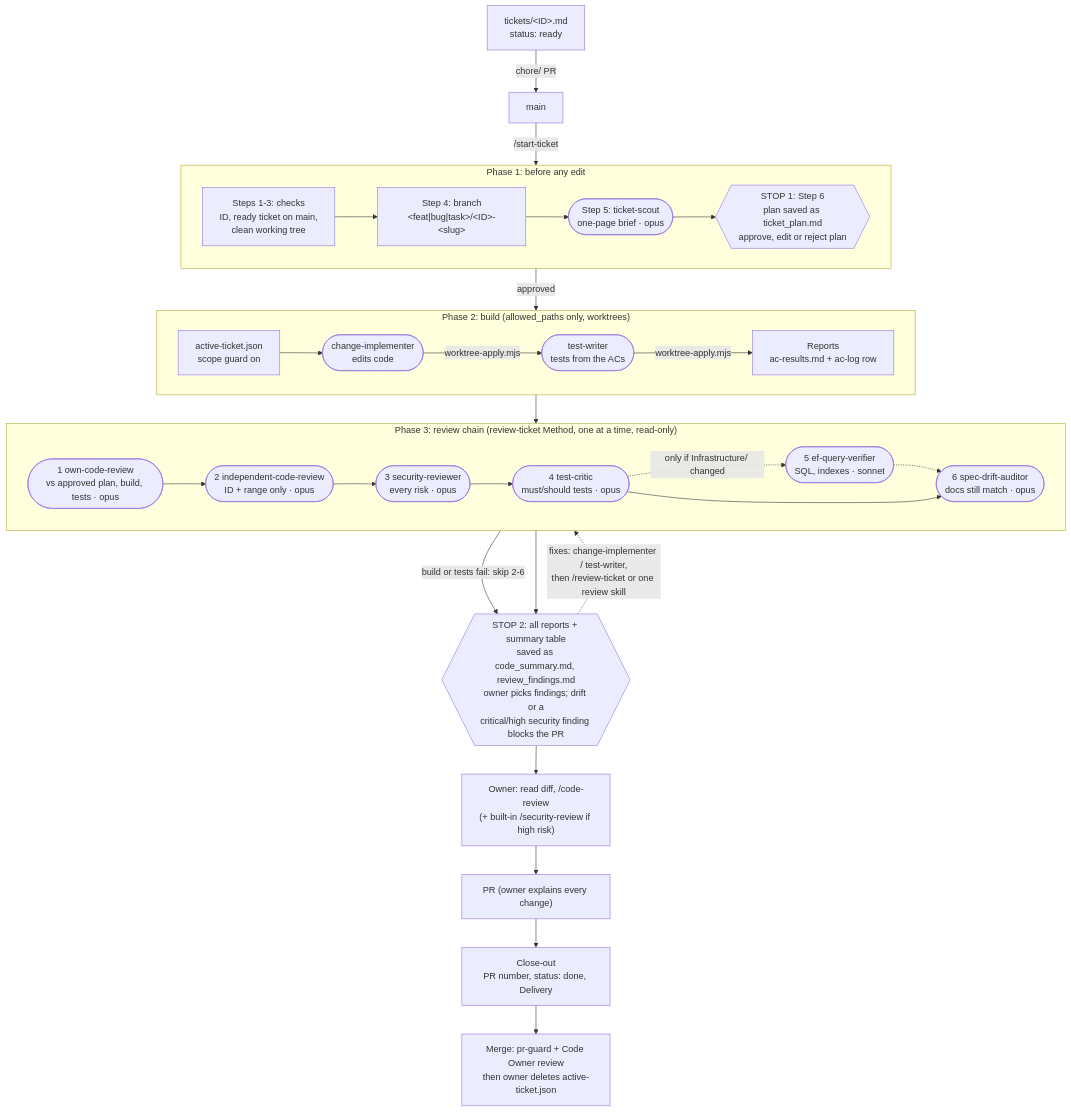
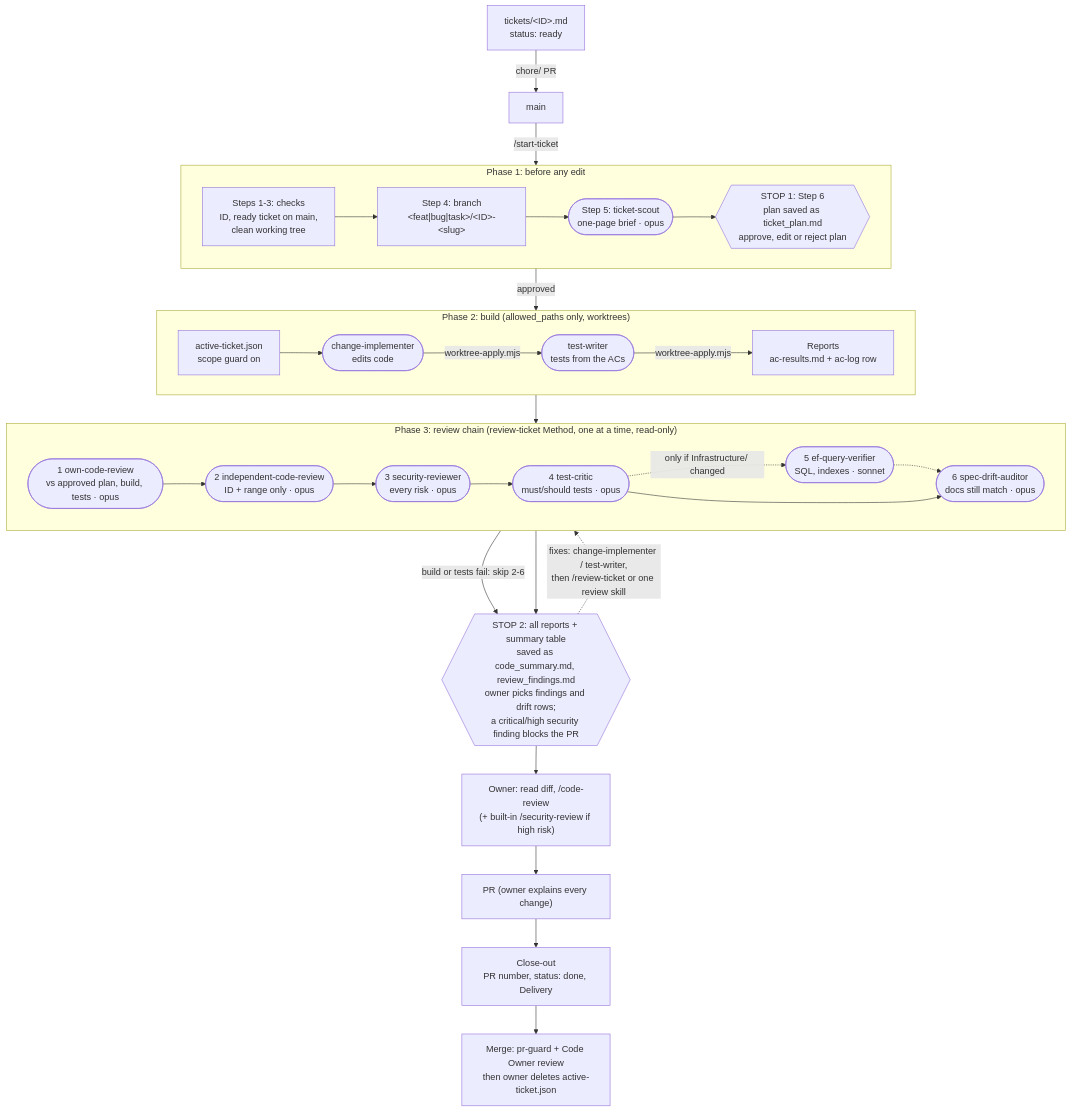
Before and after one commit to shivansh-gupta-ness/mini-wms: the diagram in docs/ticket-workflow.md, drawn with Mermaid. The commit also changed other lines of this file and 6 other files, not shown here.

First line of the commit message:
setup: drift is listed, not a stop

````diff
--- a/docs/ticket-workflow.md
+++ b/docs/ticket-workflow.md
@@ -3,40 +3,40 @@
 ```mermaid
 flowchart TB
     T["tickets/&lt;ID&gt;.md<br/>status: ready"] -->|chore/ PR| M[main]
     M -->|/start-ticket| P1
 
     subgraph P1 ["Phase 1: before any edit"]
         direction LR
         C["Steps 1-3: checks<br/>ID, ready ticket on main,<br/>clean working tree"] --> B["Step 4: branch<br/>&lt;feat|bug|task&gt;/&lt;ID&gt;-&lt;slug&gt;"]
         B --> S(["Step 5: ticket-scout<br/>one-page brief · opus"])
         S --> S1{{"STOP 1: Step 6<br/>plan saved as ticket_plan.md<br/>approve, edit or reject plan"}}
     end
 
     S1 -->|approved| P2
 
     subgraph P2 ["Phase 2: build (allowed_paths only, worktrees)"]
         direction LR
         A["active-ticket.json<br/>scope guard on"] --> CI(["change-implementer<br/>edits code"])
         CI -->|worktree-apply.mjs| TW(["test-writer<br/>tests from the ACs"])
         TW -->|worktree-apply.mjs| R["Reports<br/>ac-results.md + ac-log row"]
     end
 
     P2 --> P3
 
     subgraph P3 ["Phase 3: review chain (review-ticket Method, one at a time, read-only)"]
         direction LR
         R1(["1 own-code-review<br/>vs approved plan, build, tests · opus"]) --> R3(["2 independent-code-review<br/>ID + range only · opus"])
         R3 --> SR(["3 security-reviewer<br/>every risk · opus"])
         SR --> R2(["4 test-critic<br/>must/should tests · opus"])
         R2 -.->|only if Infrastructure/ changed| R4(["5 ef-query-verifier<br/>SQL, indexes · sonnet"])
         R4 -.-> R5(["6 spec-drift-auditor<br/>docs still match · opus"])
         R2 --> R5
     end
 
     R1 -->|build or tests fail: skip 2-6| S2
-    P3 --> S2{{"STOP 2: all reports + summary table<br/>saved as code_summary.md, review_findings.md<br/>owner picks findings; drift or a<br/>critical/high security finding blocks the PR"}}
+    P3 --> S2{{"STOP 2: all reports + summary table<br/>saved as code_summary.md, review_findings.md<br/>owner picks findings and drift rows;<br/>a critical/high security finding blocks the PR"}}
     S2 -.->|fixes: change-implementer / test-writer,<br/>then /review-ticket or one review skill| P3
     S2 --> O["Owner: read diff, /code-review<br/>(+ built-in /security-review if high risk)"]
     O --> PR["PR (owner explains every change)"] --> CO["Close-out<br/>PR number, status: done, Delivery"]
     CO --> MG["Merge: pr-guard + Code Owner review<br/>then owner deletes active-ticket.json"]
 ```
````
